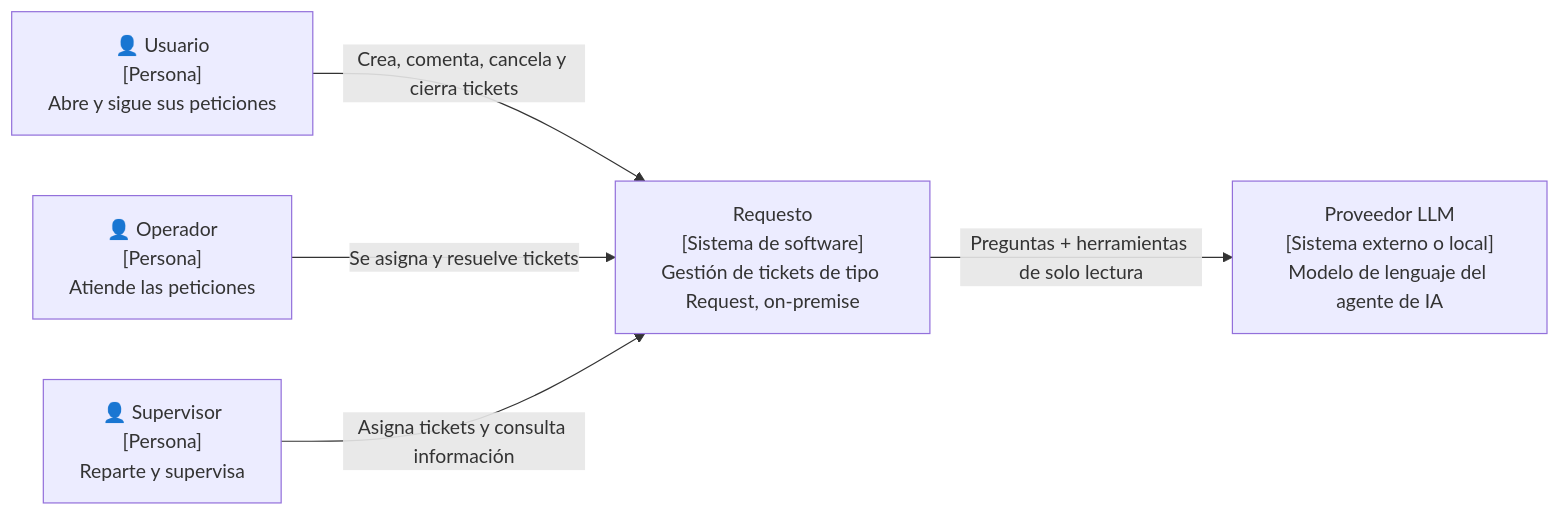
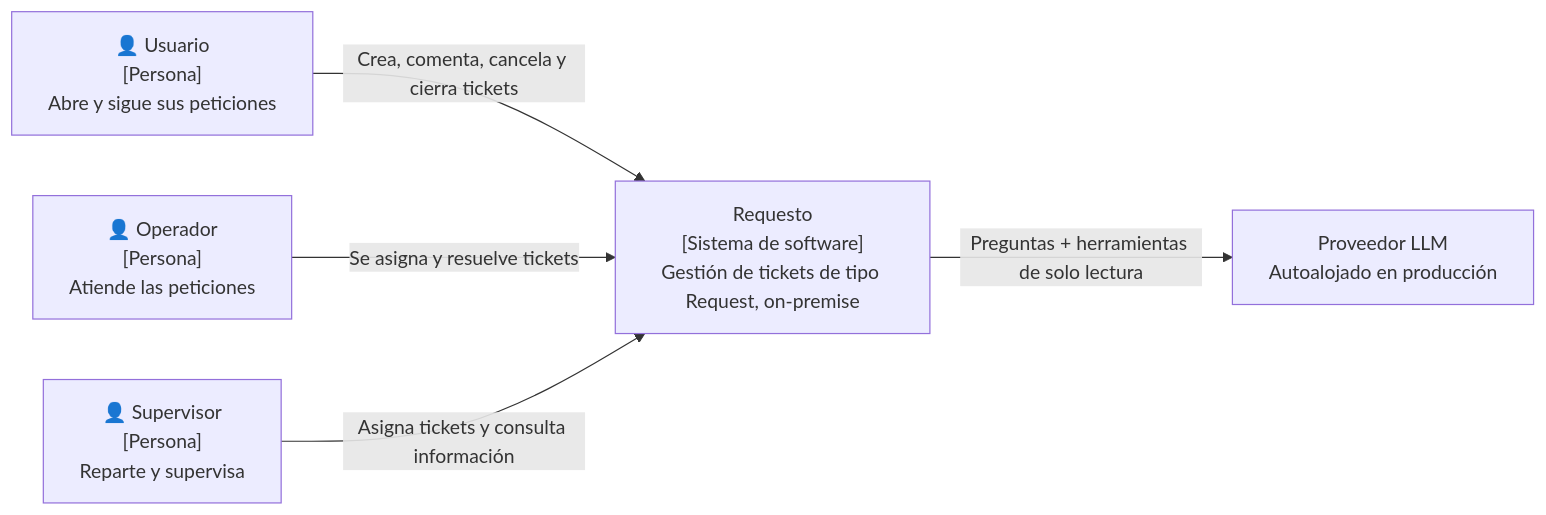
The first of 11 diagrams in ARQUITECTURA.md (pedrolaralara/AI4Devs-finalproject), drawn with Mermaid before and after one commit. The commit also changed other lines of this file and 5 other files, not shown here.

````diff
--- a/ARQUITECTURA.md
+++ b/ARQUITECTURA.md
@@ -57,13 +57,13 @@
 ```mermaid
 flowchart LR
     Req["👤 Usuario<br/>[Persona]<br/>Abre y sigue sus peticiones"]
     Op["👤 Operador<br/>[Persona]<br/>Atiende las peticiones"]
     Sup["👤 Supervisor<br/>[Persona]<br/>Reparte y supervisa"]
     Sys["Requesto<br/>[Sistema de software]<br/>Gestión de tickets de tipo Request, on-premise"]
-    LLM["Proveedor LLM<br/>[Sistema externo o local]<br/>Modelo de lenguaje del agente de IA"]
+    LLM["Proveedor LLM<br/>Autoalojado en producción"]
 
     Req -- "Crea, comenta, cancela y cierra tickets" --> Sys
     Op -- "Se asigna y resuelve tickets" --> Sys
     Sup -- "Asigna tickets y consulta información" --> Sys
     Sys -- "Preguntas + herramientas de solo lectura" --> LLM
 ```
````
